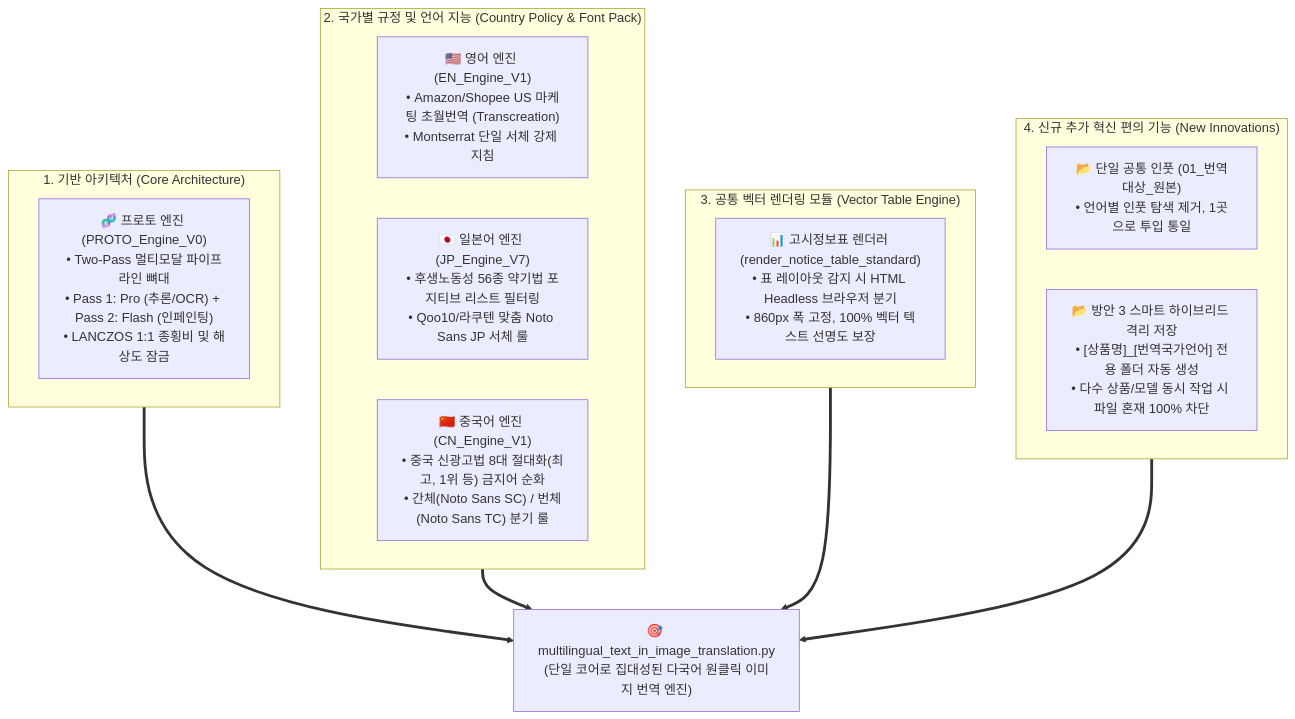
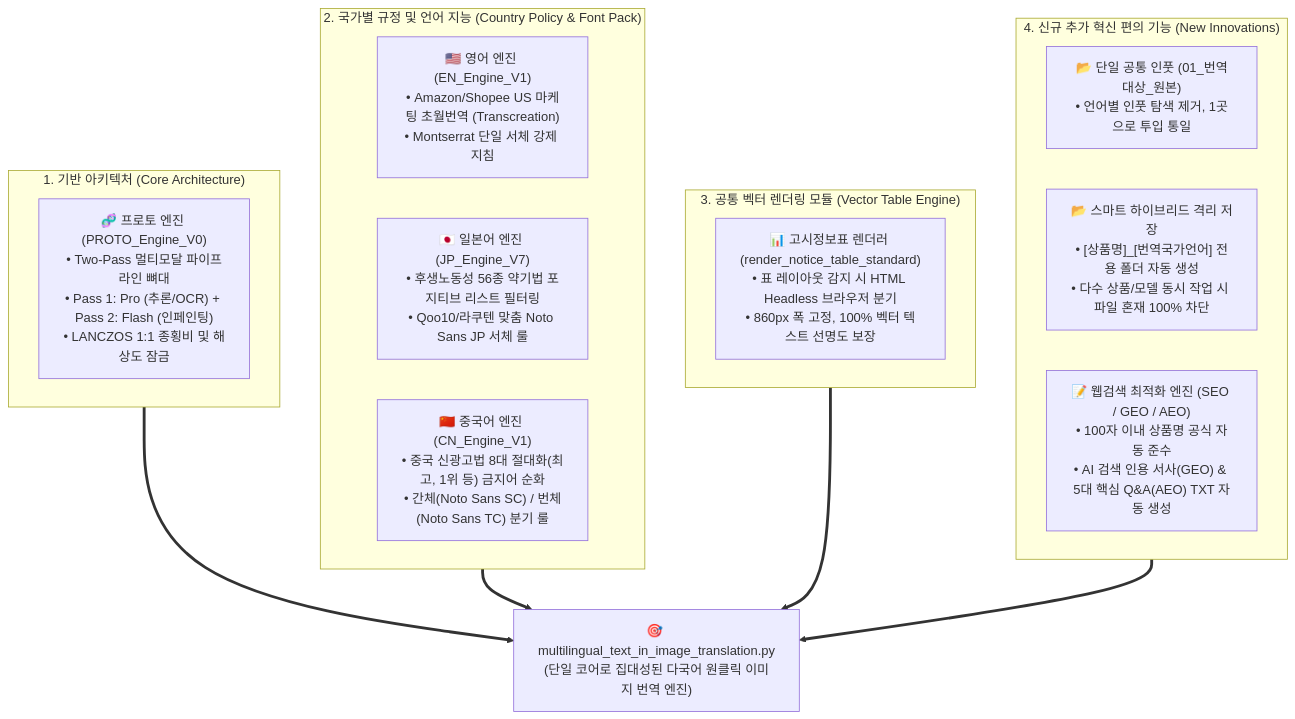
One commit to euntaewoo/PANDORA changed the diagram in multilingual_text_in_image_translation/기술적_기초_및_계승_내역_레퍼런스.md. Above: the diagram before and after it, drawn with Mermaid. The commit also changed other lines of this file and 7 other files, not shown here.

````diff
--- a/multilingual_text_in_image_translation/기술적_기초_및_계승_내역_레퍼런스.md
+++ b/multilingual_text_in_image_translation/기술적_기초_및_계승_내역_레퍼런스.md
@@ -9,23 +9,24 @@
 ```mermaid
 flowchart TD
     subgraph FOUNDATION["1. 기반 아키텍처 (Core Architecture)"]
         PROTO["🧬 프로토 엔진 (PROTO_Engine_V0)<br/>• Two-Pass 멀티모달 파이프라인 뼈대<br/>• Pass 1: Pro (추론/OCR) + Pass 2: Flash (인페인팅)<br/>• LANCZOS 1:1 종횡비 및 해상도 잠금"]
     end
 
     subgraph POLICY["2. 국가별 규정 및 언어 지능 (Country Policy & Font Pack)"]
         EN["🇺🇸 영어 엔진 (EN_Engine_V1)<br/>• Amazon/Shopee US 마케팅 초월번역 (Transcreation)<br/>• Montserrat 단일 서체 강제 지침"]
         JP["🇯🇵 일본어 엔진 (JP_Engine_V7)<br/>• 후생노동성 56종 약기법 포지티브 리스트 필터링<br/>• Qoo10/라쿠텐 맞춤 Noto Sans JP 서체 룰"]
         CN["🇨🇳 중국어 엔진 (CN_Engine_V1)<br/>• 중국 신광고법 8대 절대화(최고, 1위 등) 금지어 순화<br/>• 간체(Noto Sans SC) / 번체(Noto Sans TC) 분기 룰"]
     end
 
     subgraph MODULE["3. 공통 벡터 렌더링 모듈 (Vector Table Engine)"]
         TABLE["📊 고시정보표 렌더러 (render_notice_table_standard)<br/>• 표 레이아웃 감지 시 HTML Headless 브라우저 분기<br/>• 860px 폭 고정, 100% 벡터 텍스트 선명도 보장"]
     end
 
     subgraph INNOVATION["4. 신규 추가 혁신 편의 기능 (New Innovations)"]
         IN_DIR["📂 단일 공통 인풋 (01_번역대상_원본)<br/>• 언어별 인풋 탐색 제거, 1곳으로 투입 통일"]
-        OUT_DIR["📂 방안 3 스마트 하이브리드 격리 저장<br/>• [상품명]_[번역국가언어] 전용 폴더 자동 생성<br/>• 다수 상품/모델 동시 작업 시 파일 혼재 100% 차단"]
+        OUT_DIR["📂 스마트 하이브리드 격리 저장<br/>• [상품명]_[번역국가언어] 전용 폴더 자동 생성<br/>• 다수 상품/모델 동시 작업 시 파일 혼재 100% 차단"]
+        METADATA["📝 웹검색 최적화 엔진 (SEO / GEO / AEO)<br/>• 100자 이내 상품명 공식 자동 준수<br/>• AI 검색 인용 서사(GEO) & 5대 핵심 Q&A(AEO) TXT 자동 생성"]
     end
 
     FOUNDATION & POLICY & MODULE & INNOVATION ==> UNIFIED["🎯 multilingual_text_in_image_translation.py<br/>(단일 코어로 집대성된 다국어 원클릭 이미지 번역 엔진)"]
 ```
````
